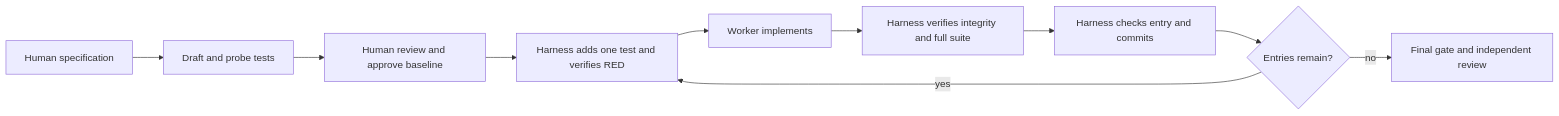
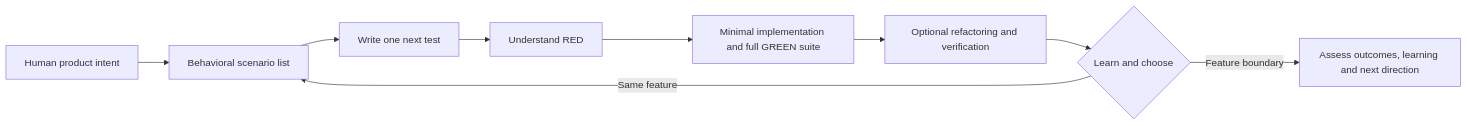
The diagram in README.md (team-poem/sobaya), drawn with Mermaid before and after one commit. The commit also changed other lines of this file and 49 other files, not shown here.

````diff
--- a/README.md
+++ b/README.md
@@ -35,12 +29,11 @@
 ```mermaid
 flowchart LR
-    S[Human specification] --> D[Draft and probe tests]
-    D --> A[Human review and approve baseline]
-    A --> R[Harness adds one test and verifies RED]
-    R --> W[Worker implements]
-    W --> V[Harness verifies integrity and full suite]
-    V --> C[Harness checks entry and commits]
-    C --> N{Entries remain?}
-    N -- yes --> R
-    N -- no --> G[Final gate and independent review]
+    S[Human product intent] --> L[Behavioral scenario list]
+    L --> T[Write one next test]
+    T --> R[Understand RED]
+    R --> G[Minimal implementation and full GREEN suite]
+    G --> F[Optional refactoring and verification]
+    F --> C{Learn and choose}
+    C -- Same feature --> L
+    C -- Feature boundary --> P[Assess outcomes, learning and next direction]
 ```
````
